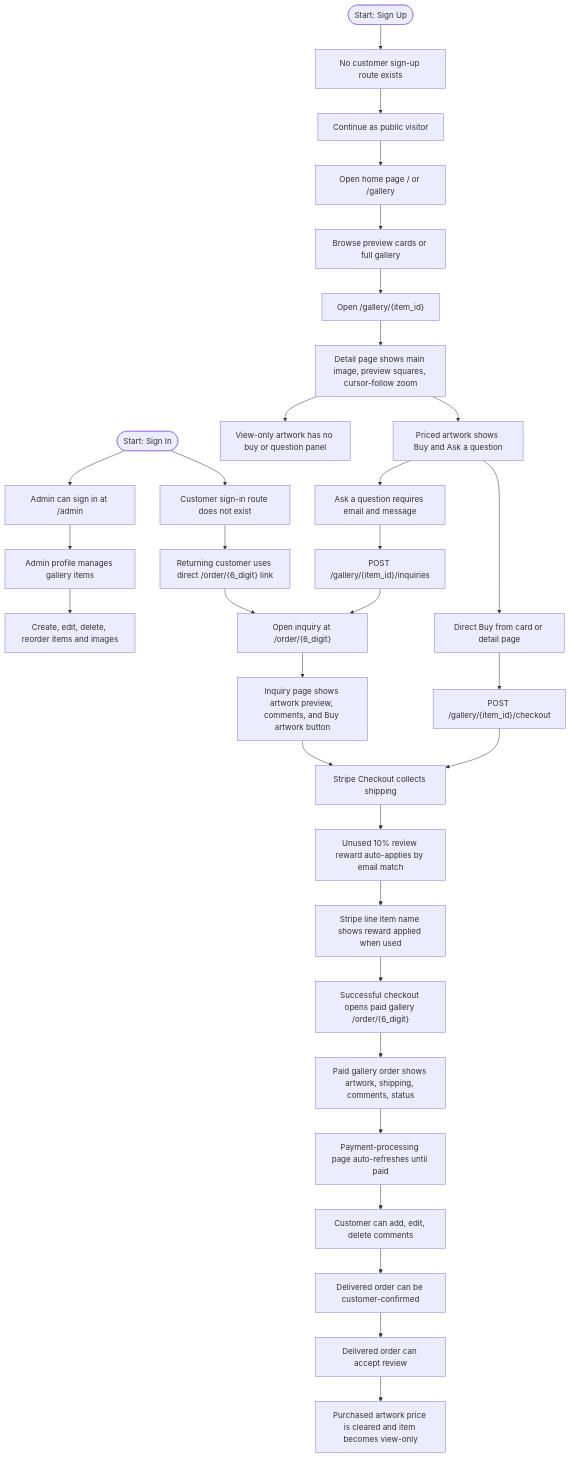
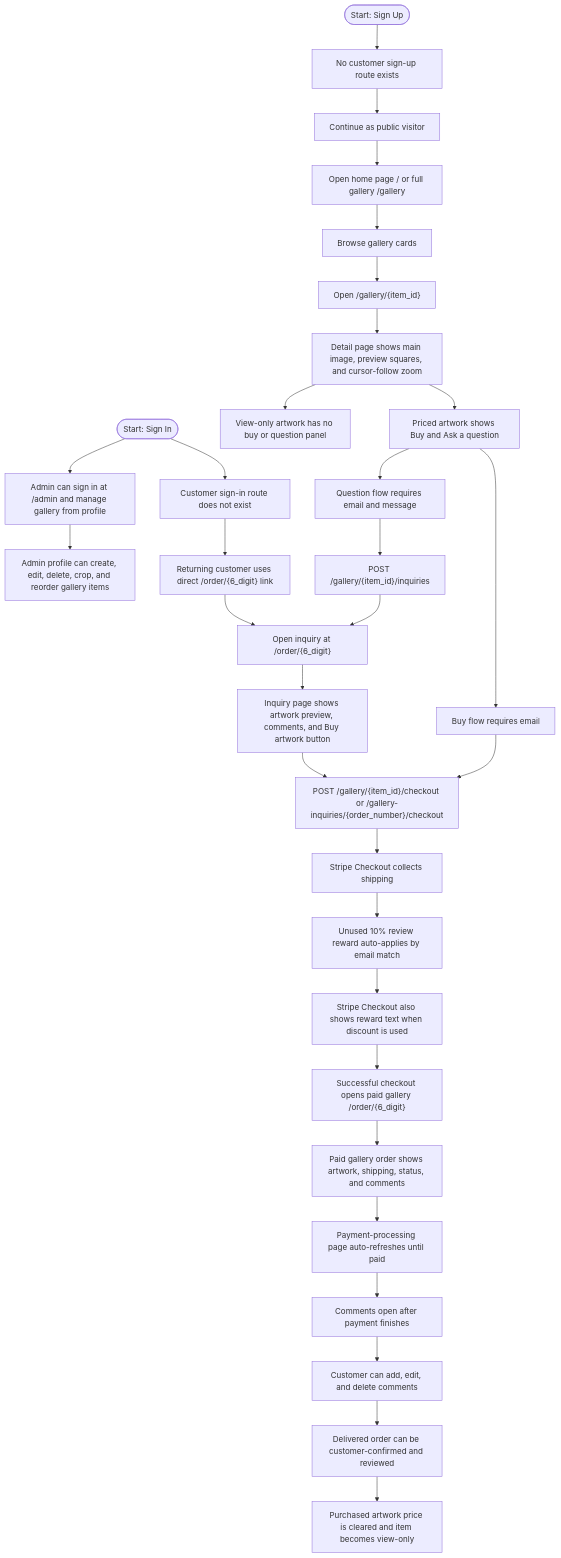
One commit to david-lytikainen/SAS changed the third of 3 diagrams in 0_KC/flowchart.md. Above: the diagram before and after it, drawn with Mermaid. The commit also changed other lines of this file and 3 other files, not shown here.

Commit message:
Refresh KC flowchart docs

````diff
--- a/0_KC/flowchart.md
+++ b/0_KC/flowchart.md
@@ -114,50 +114,49 @@
 ```mermaid
 flowchart TB
   SU([Start: Sign Up])
   SU1["No customer sign-up route exists"]
   SU2["Continue as public visitor"]
 
   SI([Start: Sign In])
-  SI1["Admin can sign in at /admin"]
+  SI1["Admin can sign in at /admin and manage gallery from profile"]
   SI2["Customer sign-in route does not exist"]
   SI3["Returning customer uses direct /order/{6_digit} link"]
 
-  A0["Admin profile manages gallery items"]
-  A1["Create, edit, delete, reorder items and images"]
+  A0["Admin profile can create, edit, delete, crop, and reorder gallery items"]
 
-  H0["Open home page / or /gallery"]
-  H1["Browse preview cards or full gallery"]
+  H0["Open home page / or full gallery /gallery"]
+  H1["Browse gallery cards"]
   H2["Open /gallery/{item_id}"]
-  H3["Detail page shows main image, preview squares, cursor-follow zoom"]
+  H3["Detail page shows main image, preview squares, and cursor-follow zoom"]
   H4["View-only artwork has no buy or question panel"]
 
   P0["Priced artwork shows Buy and Ask a question"]
-  P1["Ask a question requires email and message"]
+  P1["Question flow requires email and message"]
   P2["POST /gallery/{item_id}/inquiries"]
   P3["Open inquiry at /order/{6_digit}"]
   P4["Inquiry page shows artwork preview, comments, and Buy artwork button"]
 
-  B0["Direct Buy from card or detail page"]
-  B1["POST /gallery/{item_id}/checkout"]
+  B0["Buy flow requires email"]
+  B1["POST /gallery/{item_id}/checkout or /gallery-inquiries/{order_number}/checkout"]
   B2["Stripe Checkout collects shipping"]
   B3["Unused 10% review reward auto-applies by email match"]
-  B4["Stripe line item name shows reward applied when used"]
+  B4["Stripe Checkout also shows reward text when discount is used"]
   B5["Successful checkout opens paid gallery /order/{6_digit}"]
 
-  O0["Paid gallery order shows artwork, shipping, comments, status"]
+  O0["Paid gallery order shows artwork, shipping, status, and comments"]
   O1["Payment-processing page auto-refreshes until paid"]
-  O2["Customer can add, edit, delete comments"]
-  O3["Delivered order can be customer-confirmed"]
-  O4["Delivered order can accept review"]
+  O2["Comments open after payment finishes"]
+  O3["Customer can add, edit, and delete comments"]
+  O4["Delivered order can be customer-confirmed and reviewed"]
   O5["Purchased artwork price is cleared and item becomes view-only"]
 
   SU --> SU1 --> SU2 --> H0
-  SI --> SI1 --> A0 --> A1
+  SI --> SI1 --> A0
   SI --> SI2 --> SI3 --> P3
 
   H0 --> H1 --> H2 --> H3
   H3 --> H4
   H3 --> P0 --> P1 --> P2 --> P3 --> P4
   P0 --> B0 --> B1 --> B2 --> B3 --> B4 --> B5 --> O0 --> O1 --> O2 --> O3 --> O4 --> O5
-  P4 --> B2
+  P4 --> B1
 ```
````
